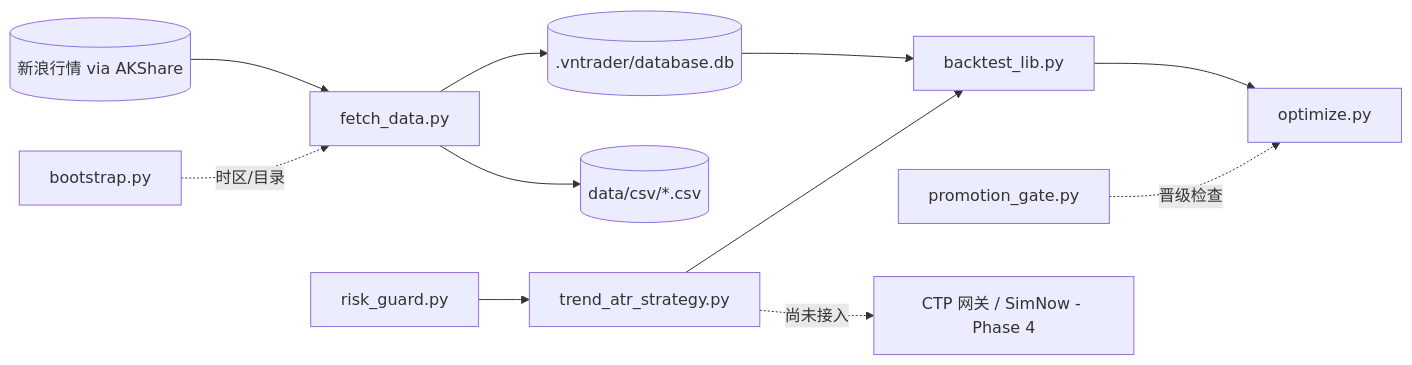
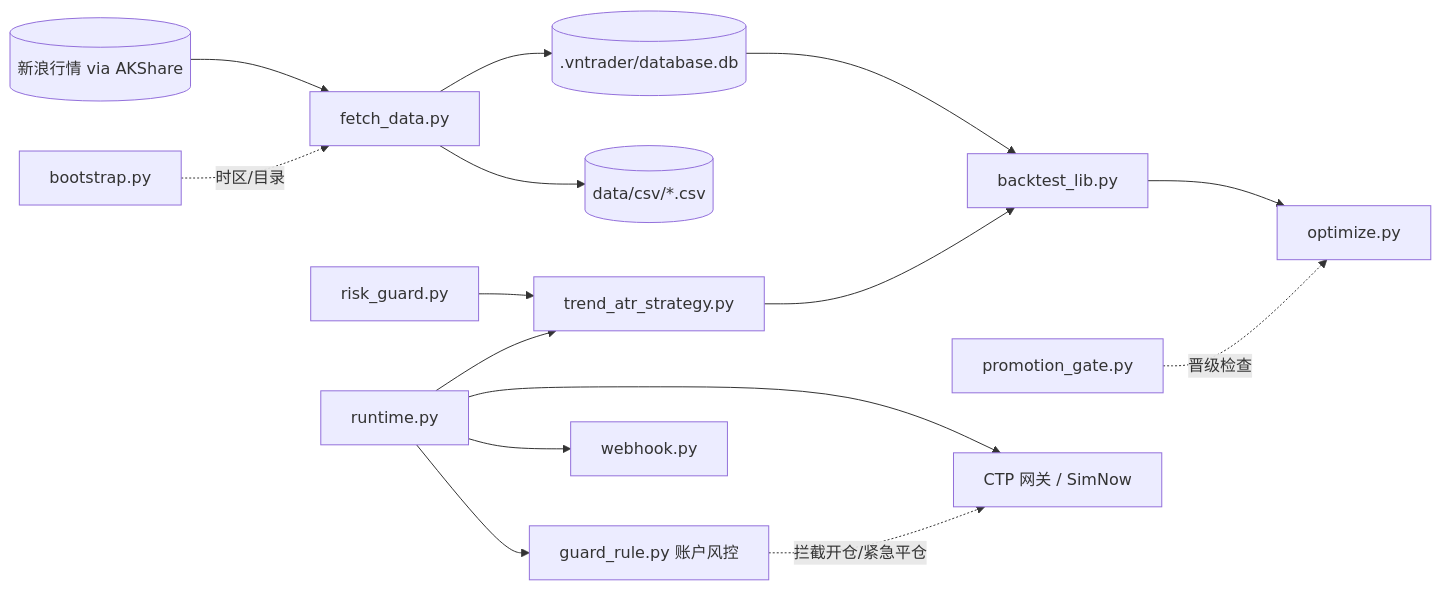
Before and after one commit to laiyinyizao007/invest: the first of 3 diagrams in PROJECTWIKI.md, drawn with Mermaid. The commit also changed other lines of this file and 37 other files, not shown here.

First line of the commit message:
feat: 账户级风控、无头运行时、Webhook 通知与容器化 (Phase 3-5)

````diff
--- a/PROJECTWIKI.md
+++ b/PROJECTWIKI.md
@@ -18,13 +19,17 @@
 ```mermaid
 flowchart LR
   SINA[(新浪行情 via AKShare)] --> FD[fetch_data.py]
   BS[bootstrap.py] -. 时区/目录 .-> FD
   FD --> DB[(.vntrader/database.db)]
   FD --> CSV[(data/csv/*.csv)]
   DB --> BL[backtest_lib.py]
   BL --> OPT[optimize.py]
   ST[trend_atr_strategy.py] --> BL
   RG[risk_guard.py] --> ST
   PG[promotion_gate.py] -. 晋级检查 .-> OPT
-  ST -. 尚未接入 .-> CTP[CTP 网关 / SimNow - Phase 4]
+  RT[runtime.py] --> ST
+  RT --> GR[guard_rule.py 账户风控]
+  RT --> WH[webhook.py]
+  RT --> CTP[CTP 网关 / SimNow]
+  GR -. 拦截开仓/紧急平仓 .-> CTP
 ```
````
